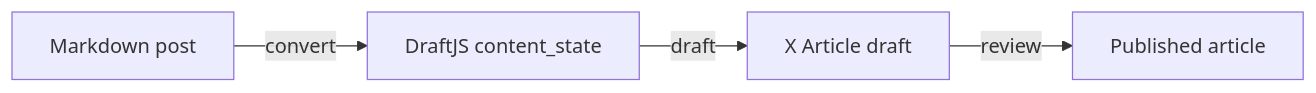
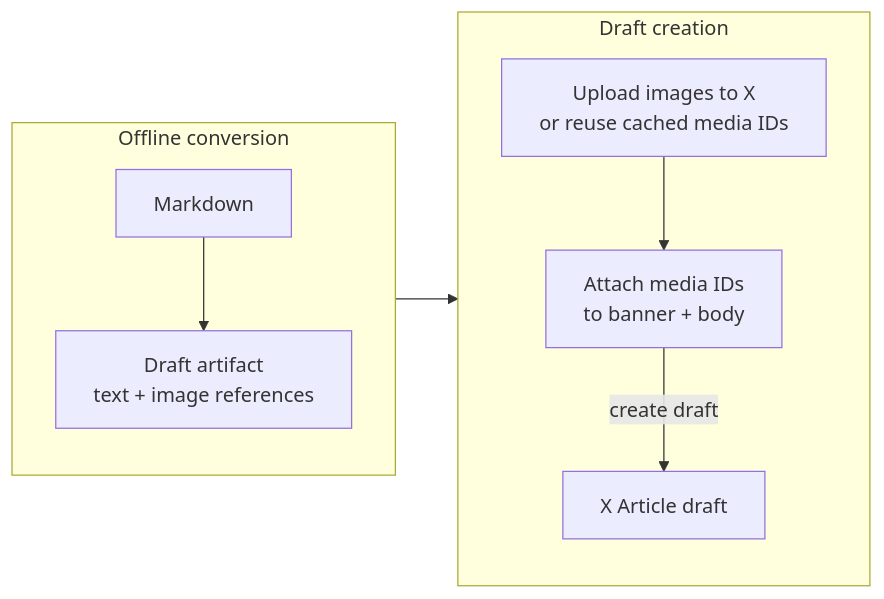
Before and after one commit to alwaldend/src: the diagram in projects/alwaldend.com/content/blog/this-x-article-was-generated-from-markdown/pipeline.mmd, drawn with Mermaid. The commit also changed 85 other files, not shown here.

```diff
--- a/projects/alwaldend.com/content/blog/this-x-article-was-generated-from-markdown/pipeline.mmd
+++ b/projects/alwaldend.com/content/blog/this-x-article-was-generated-from-markdown/pipeline.mmd
@@ -1,4 +1,12 @@
+%%{init: {"flowchart": {"diagramPadding": 24}}}%%
 flowchart LR
-    md[Markdown post] -->|convert| cs[DraftJS content_state]
-    cs -->|draft| x[X Article draft]
-    x -->|review| pub[Published article]
+    subgraph offline[Offline conversion]
+        direction TB
+        md[Markdown] --> artifact["Draft artifact<br/>text + image references"]
+    end
+    subgraph draft[Draft creation]
+        direction TB
+        media["Upload images to X<br/>or reuse cached media IDs"] --> attach["Attach media IDs<br/>to banner + body"]
+        attach -->|create draft| x[X Article draft]
+    end
+    offline --> draft
```
